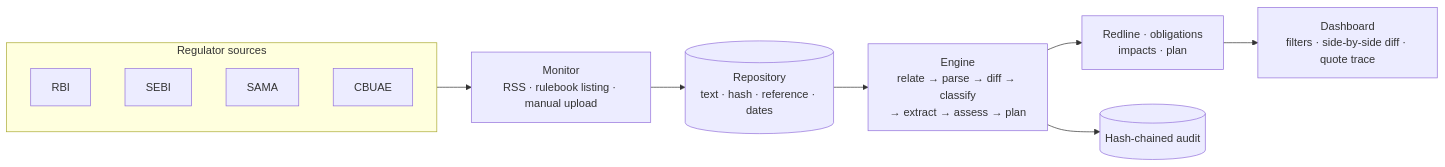
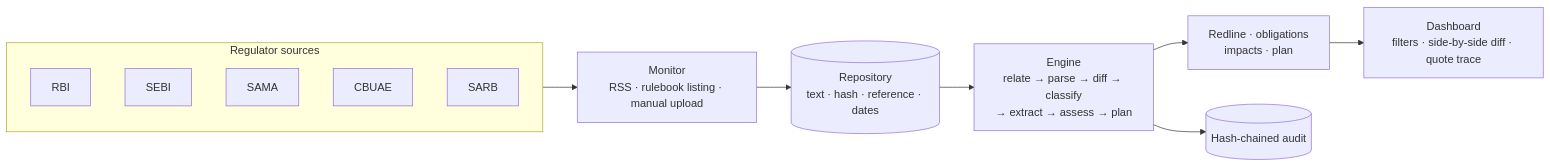
The first of 2 diagrams in README.md (Electronica-dev/azentio-hackathon), drawn with Mermaid before and after one commit. The commit also changed 4 other files, not shown here.

````diff
--- a/README.md
+++ b/README.md
@@ -38,16 +38,17 @@
 ```mermaid
 flowchart LR
     subgraph SRC["Regulator sources"]
         RBI["RBI"]
         SEBI["SEBI"]
         SAMA["SAMA"]
         CBUAE["CBUAE"]
+        SARB["SARB"]
     end
 
     SRC --> MON["Monitor<br/>RSS · rulebook listing · manual upload"]
     MON --> REPO[("Repository<br/>text · hash · reference · dates")]
     REPO --> ENGINE["Engine<br/>relate → parse → diff → classify<br/>→ extract → assess → plan"]
     ENGINE --> OUT["Redline · obligations<br/>impacts · plan"]
     ENGINE --> AUDIT[("Hash-chained audit")]
     OUT --> UI["Dashboard<br/>filters · side-by-side diff · quote trace"]
 ```
````
